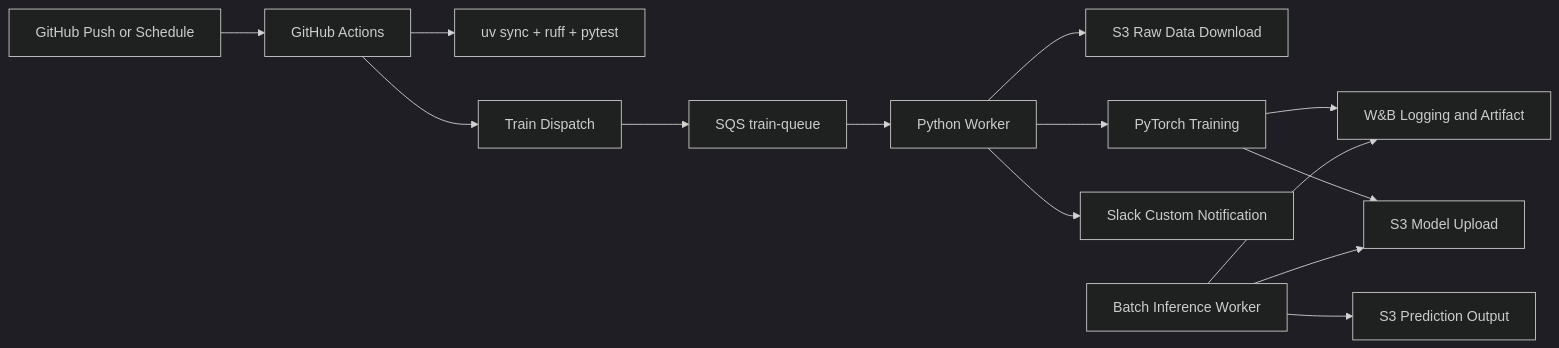
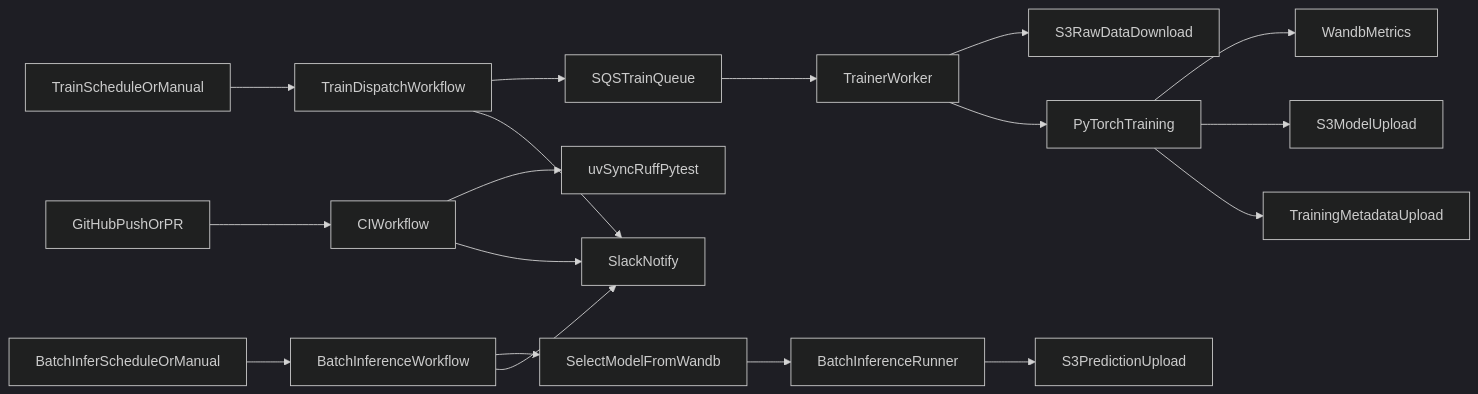
Before and after one commit to AIBootcamp24th/mlops-mlops-team-3: the diagram in README.md, drawn with Mermaid (dark theme). The commit also changed other lines of this file and 11 other files, not shown here.

````diff
--- a/README.md
+++ b/README.md
@@ -24,16 +24,23 @@
 ```mermaid
 graph LR
-  A[GitHub Push or Schedule] --> B[GitHub Actions]
-  B --> C[uv sync + ruff + pytest]
-  B --> D[Train Dispatch]
-  D --> E[SQS train-queue]
-  E --> F[Python Worker]
-  F --> G[S3 Raw Data Download]
-  F --> H[PyTorch Training]
-  H --> I[W&B Logging and Artifact]
-  H --> J[S3 Model Upload]
-  F --> K[Slack Custom Notification]
-  L[Batch Inference Worker] --> J
-  L --> M[S3 Prediction Output]
-  L --> I
+  codePush[GitHubPushOrPR] --> ciWorkflow[CIWorkflow]
+  ciWorkflow --> ciChecks[uvSyncRuffPytest]
+
+  trainSchedule[TrainScheduleOrManual] --> trainDispatch[TrainDispatchWorkflow]
+  trainDispatch --> trainQueue[SQSTrainQueue]
+  trainQueue --> trainerWorker[TrainerWorker]
+  trainerWorker --> trainData[S3RawDataDownload]
+  trainerWorker --> trainLoop[PyTorchTraining]
+  trainLoop --> wandbLog[WandbMetrics]
+  trainLoop --> modelUpload[S3ModelUpload]
+  trainLoop --> metadataUpload[TrainingMetadataUpload]
+
+  inferSchedule[BatchInferScheduleOrManual] --> inferWorkflow[BatchInferenceWorkflow]
+  inferWorkflow --> modelSelect[SelectModelFromWandb]
+  modelSelect --> batchRunner[BatchInferenceRunner]
+  batchRunner --> predUpload[S3PredictionUpload]
+
+  trainDispatch --> slackNotify[SlackNotify]
+  inferWorkflow --> slackNotify
+  ciWorkflow --> slackNotify
 ```
````
